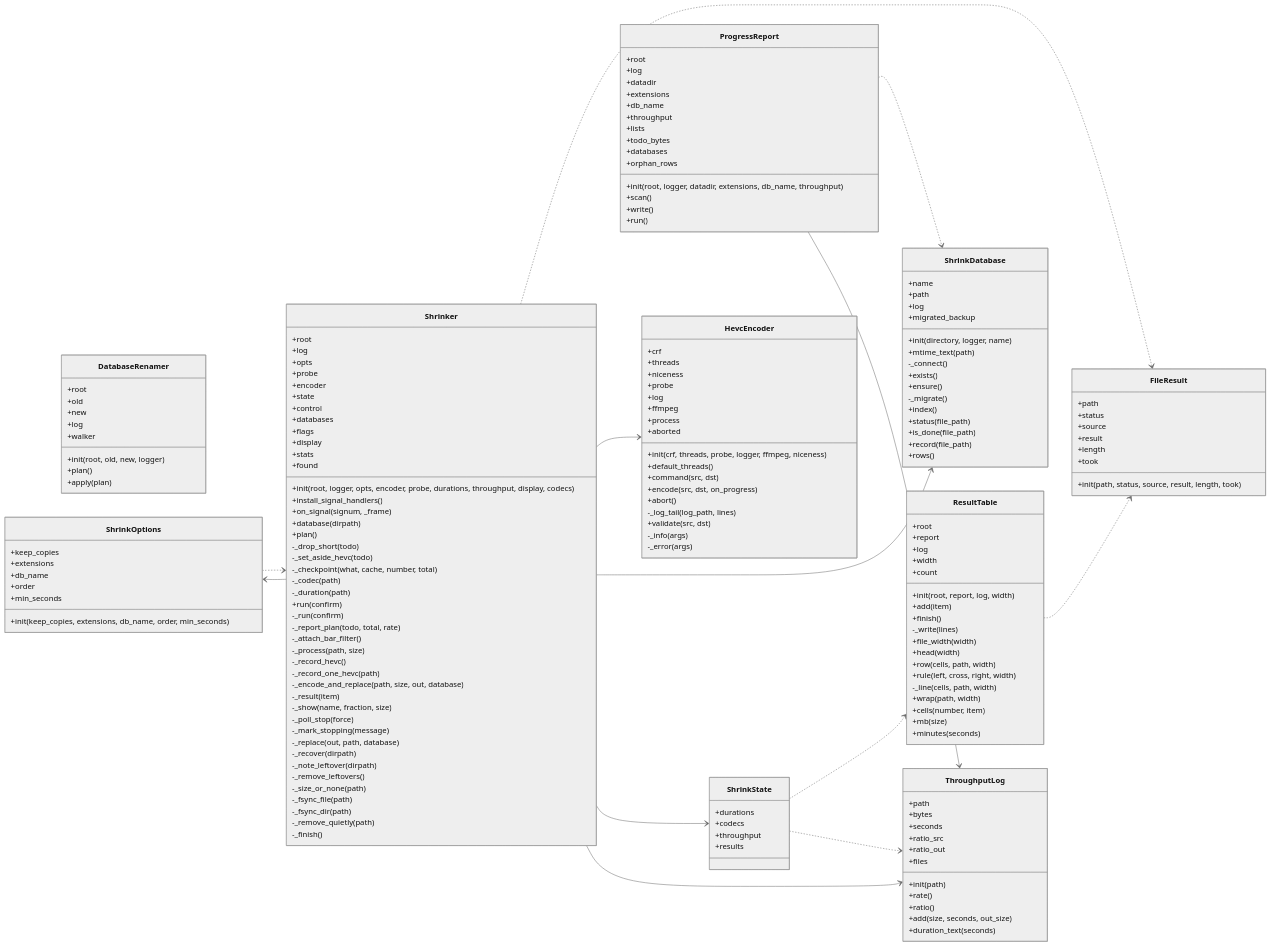
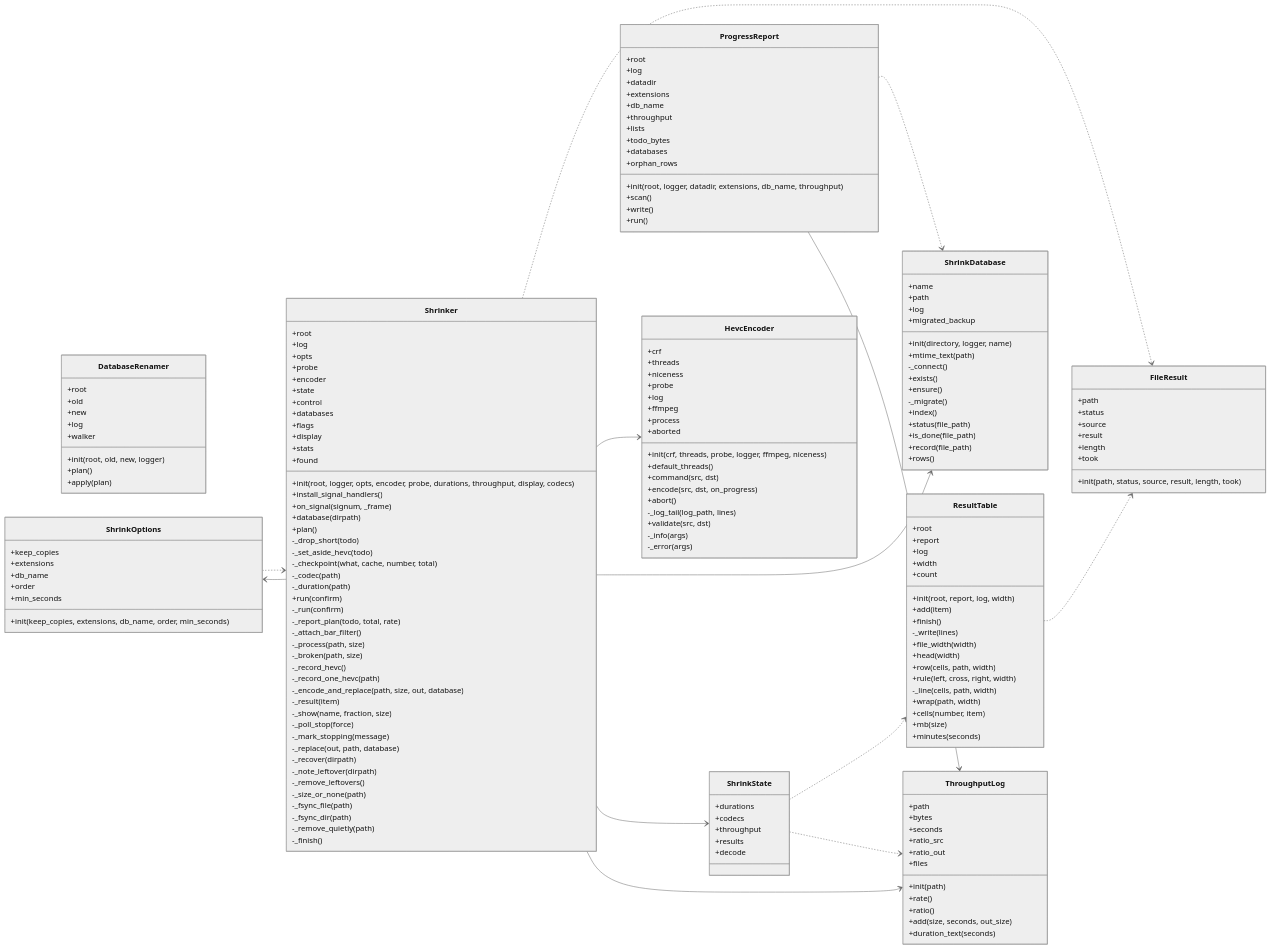
One commit to peddanet/mediatools changed the diagram in docs/img/uml_shrink.mmd. Above: the diagram before and after it, drawn with Mermaid (neutral theme). The commit also changed 12 other files, not shown here.

```diff
--- a/docs/img/uml_shrink.mmd
+++ b/docs/img/uml_shrink.mmd
@@ -1,177 +1,179 @@
 classDiagram
   direction LR
   class ShrinkDatabase {
     +name
     +path
     +log
     +migrated_backup
     +init(directory, logger, name)
     +mtime_text(path)
     -_connect()
     +exists()
     +ensure()
     -_migrate()
     +index()
     +status(file_path)
     +is_done(file_path)
     +record(file_path)
     +rows()
   }
   class DatabaseRenamer {
     +root
     +old
     +new
     +log
     +walker
     +init(root, old, new, logger)
     +plan()
     +apply(plan)
   }
   class HevcEncoder {
     +crf
     +threads
     +niceness
     +probe
     +log
     +ffmpeg
     +process
     +aborted
     +init(crf, threads, probe, logger, ffmpeg, niceness)
     +default_threads()
     +command(src, dst)
     +encode(src, dst, on_progress)
     +abort()
     -_log_tail(log_path, lines)
     +validate(src, dst)
     -_info(args)
     -_error(args)
   }
   class FileResult {
     +path
     +status
     +source
     +result
     +length
     +took
     +init(path, status, source, result, length, took)
   }
   class ShrinkOptions {
     +keep_copies
     +extensions
     +db_name
     +order
     +min_seconds
     +init(keep_copies, extensions, db_name, order, min_seconds)
   }
   class ProgressReport {
     +root
     +log
     +datadir
     +extensions
     +db_name
     +throughput
     +lists
     +todo_bytes
     +databases
     +orphan_rows
     +init(root, logger, datadir, extensions, db_name, throughput)
     +scan()
     +write()
     +run()
   }
   class ResultTable {
     +root
     +report
     +log
     +width
     +count
     +init(root, report, log, width)
     +add(item)
     +finish()
     -_write(lines)
     +file_width(width)
     +head(width)
     +row(cells, path, width)
     +rule(left, cross, right, width)
     -_line(cells, path, width)
     +wrap(path, width)
     +cells(number, item)
     +mb(size)
     +minutes(seconds)
   }
   class Shrinker {
     +root
     +log
     +opts
     +probe
     +encoder
     +state
     +control
     +databases
     +flags
     +display
     +stats
     +found
     +init(root, logger, opts, encoder, probe, durations, throughput, display, codecs)
     +install_signal_handlers()
     +on_signal(signum, _frame)
     +database(dirpath)
     +plan()
     -_drop_short(todo)
     -_set_aside_hevc(todo)
     -_checkpoint(what, cache, number, total)
     -_codec(path)
     -_duration(path)
     +run(confirm)
     -_run(confirm)
     -_report_plan(todo, total, rate)
     -_attach_bar_filter()
     -_process(path, size)
+    -_broken(path, size)
     -_record_hevc()
     -_record_one_hevc(path)
     -_encode_and_replace(path, size, out, database)
     -_result(item)
     -_show(name, fraction, size)
     -_poll_stop(force)
     -_mark_stopping(message)
     -_replace(out, path, database)
     -_recover(dirpath)
     -_note_leftover(dirpath)
     -_remove_leftovers()
     -_size_or_none(path)
     -_fsync_file(path)
     -_fsync_dir(path)
     -_remove_quietly(path)
     -_finish()
   }
   class ShrinkState {
     +durations
     +codecs
     +throughput
     +results
+    +decode
   }
   class ThroughputLog {
     +path
     +bytes
     +seconds
     +ratio_src
     +ratio_out
     +files
     +init(path)
     +rate()
     +ratio()
     +add(size, seconds, out_size)
     +duration_text(seconds)
   }
   ShrinkOptions ..> Shrinker
   ProgressReport ..> ShrinkDatabase
   ProgressReport --> ThroughputLog
   ResultTable ..> FileResult
   Shrinker ..> FileResult
   Shrinker --> HevcEncoder
   Shrinker --> ShrinkDatabase
   Shrinker --> ShrinkOptions
   Shrinker --> ShrinkState
   Shrinker --> ThroughputLog
   ShrinkState ..> ResultTable
   ShrinkState ..> ThroughputLog
```
